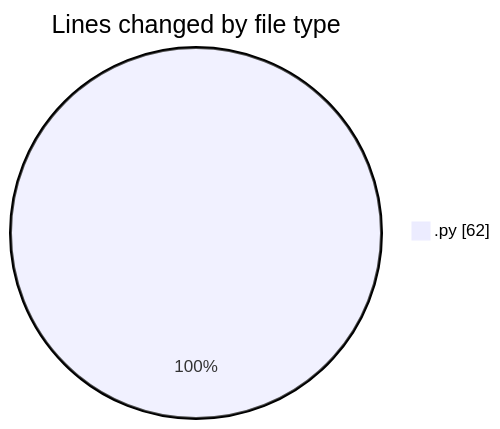
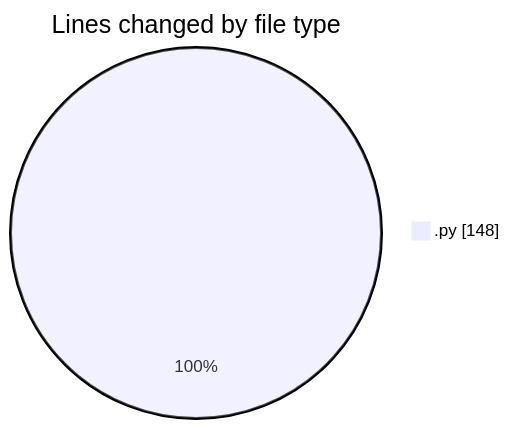
One commit to julien-gomy/code-tracking changed the first of 2 diagrams in 2025-10-27/eventscop-api-guide__workspace_/README.md. Above: the diagram before and after it, drawn with Mermaid. The commit also changed other lines of this file and 1 other file, not shown here.

````diff
--- a/2025-10-27/eventscop-api-guide__workspace_/README.md
+++ b/2025-10-27/eventscop-api-guide__workspace_/README.md
@@ -20,5 +21,5 @@
 ```mermaid
 pie showData
 title Lines changed by file type
-".py" : 62
+".py" : 148
 ```
````
